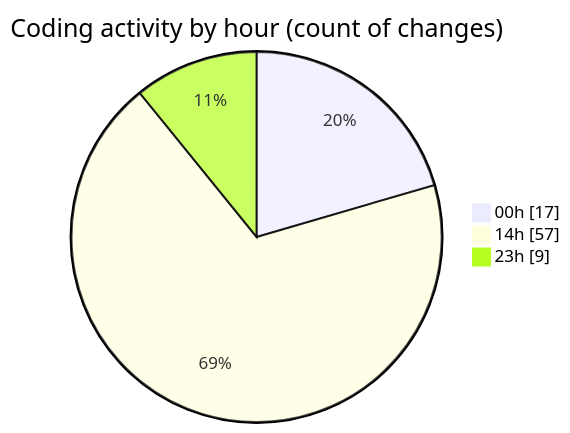
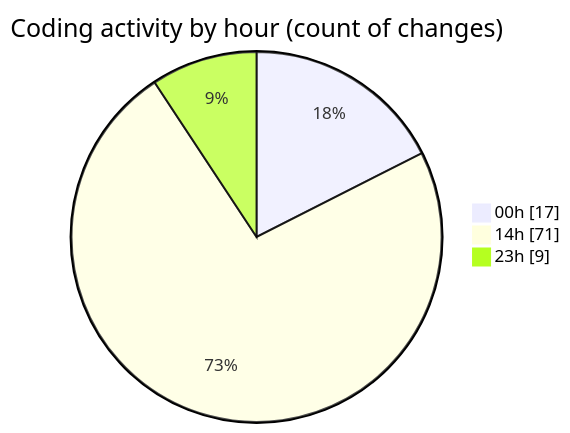
Before and after one commit to Ritupan-Deka/code-tracking: the second of 2 diagrams in 2025-07-20/mern-workoutboard/README.md, drawn with Mermaid. The commit also changed other lines of this file and 1 other file, not shown here.

````diff
--- a/2025-07-20/mern-workoutboard/README.md
+++ b/2025-07-20/mern-workoutboard/README.md
@@ -29,7 +30,7 @@
 ```mermaid
 pie showData
 title Coding activity by hour (count of changes)
 "00h" : 17
-"14h" : 57
+"14h" : 71
 "23h" : 9
 ```
````
